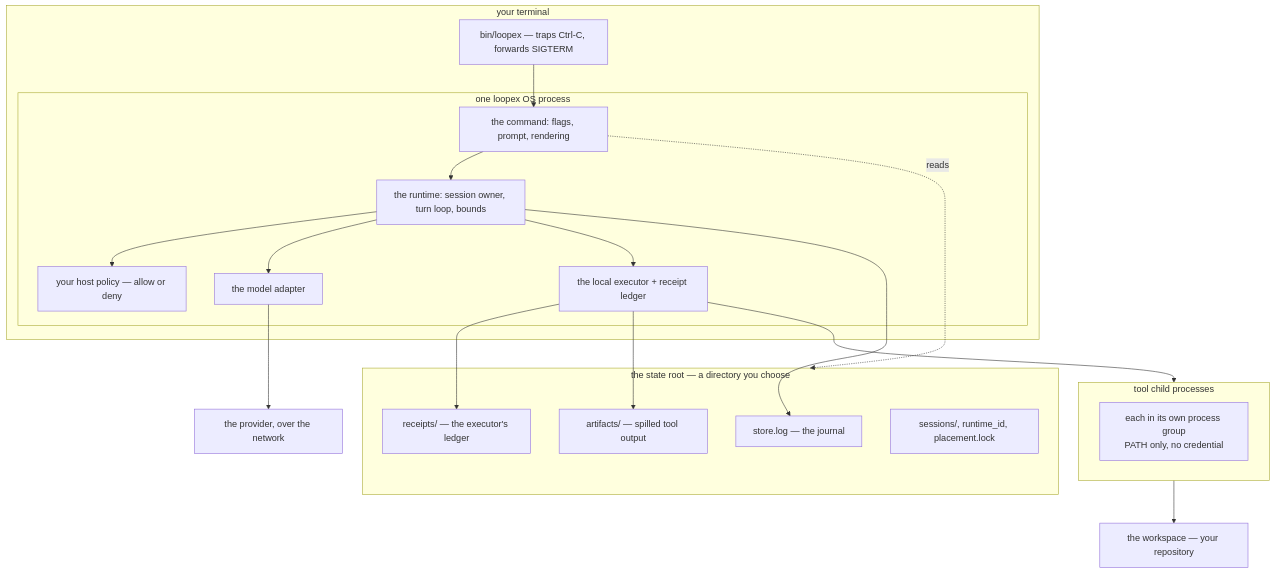
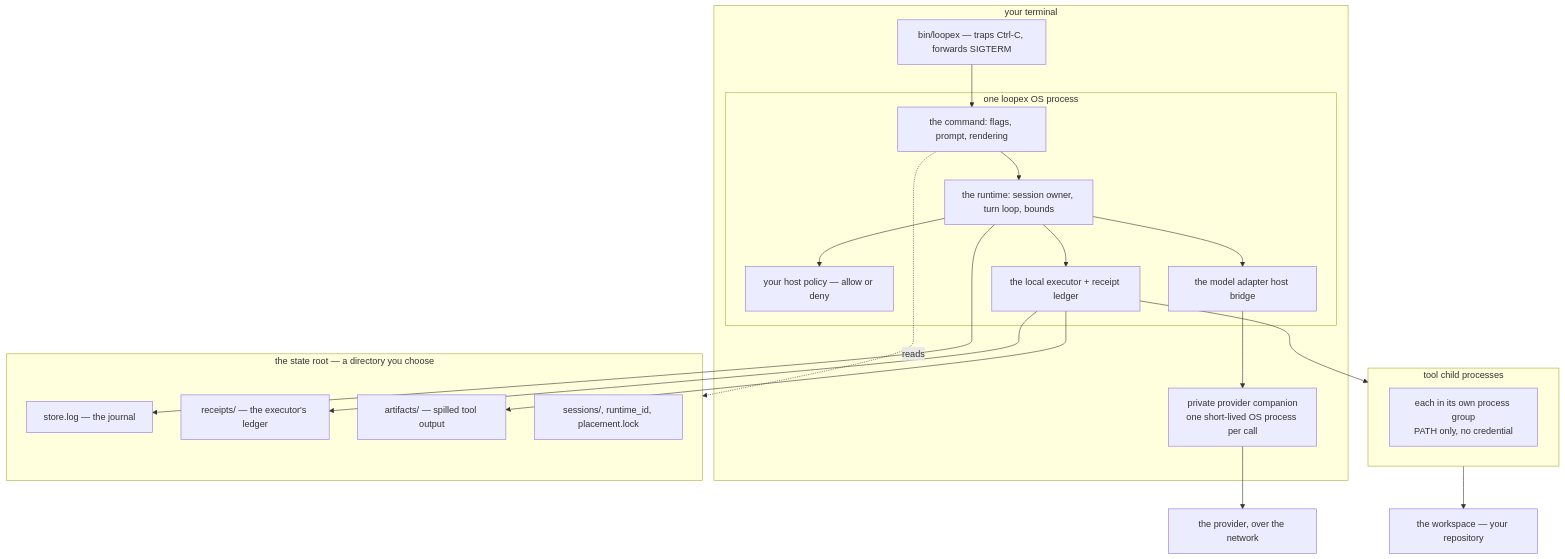
Before and after one commit to lexlapax/loopex: the second of 2 diagrams in docs/operator/how-a-run-works.md, drawn with Mermaid. The commit also changed other lines of this file and 8 other files, not shown here.

````diff
--- a/docs/operator/how-a-run-works.md
+++ b/docs/operator/how-a-run-works.md
@@ -181,40 +182,42 @@
 ```mermaid
 flowchart TB
     subgraph TERM["your terminal"]
       LAUNCH["bin/loopex — traps Ctrl-C, forwards SIGTERM"]
       subgraph PROC["one loopex OS process"]
         CMD["the command: flags, prompt, rendering"]
         RT["the runtime: session owner, turn loop, bounds"]
         POL["your host policy — allow or deny"]
         EXEC["the local executor + receipt ledger"]
-        LLM["the model adapter"]
+        LLM["the model adapter host bridge"]
       end
+      COMP["private provider companion<br/>one short-lived OS process per call"]
     end
 
     subgraph ROOT["the state root — a directory you choose"]
       LOG["store.log — the journal"]
       REC["receipts/ — the executor's ledger"]
       ART["artifacts/ — spilled tool output"]
       SESS["sessions/, runtime_id, placement.lock"]
     end
 
     WS["the workspace — your repository"]
     NET["the provider, over the network"]
 
     subgraph KIDS["tool child processes"]
       SH["each in its own process group<br/>PATH only, no credential"]
     end
 
     LAUNCH --> CMD
     CMD --> RT
     RT --> POL
     RT --> LLM
     RT --> EXEC
     RT --> LOG
     EXEC --> REC
     EXEC --> ART
     EXEC --> KIDS
     KIDS --> WS
-    LLM --> NET
+    LLM --> COMP
+    COMP --> NET
     CMD -.reads.-> ROOT
 ```
````
